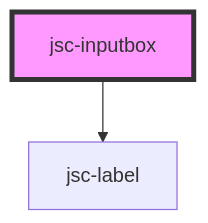
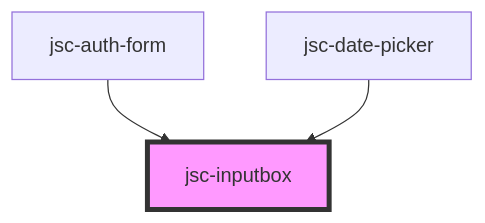
Before and after one commit to Jaseci-Labs/jaseci: the diagram in jaseci_ui_kit/components/src/components/jsc-input/readme.md, drawn with Mermaid. The commit also changed other lines of this file and 59 other files, not shown here.

````diff
--- a/jaseci_ui_kit/components/src/components/jsc-input/readme.md
+++ b/jaseci_ui_kit/components/src/components/jsc-input/readme.md
@@ -36,5 +40,6 @@
 ```mermaid
 graph TD;
-  jsc-inputbox --> jsc-label
+  jsc-auth-form --> jsc-inputbox
+  jsc-date-picker --> jsc-inputbox
   style jsc-inputbox fill:#f9f,stroke:#333,stroke-width:4px
 ```
````
